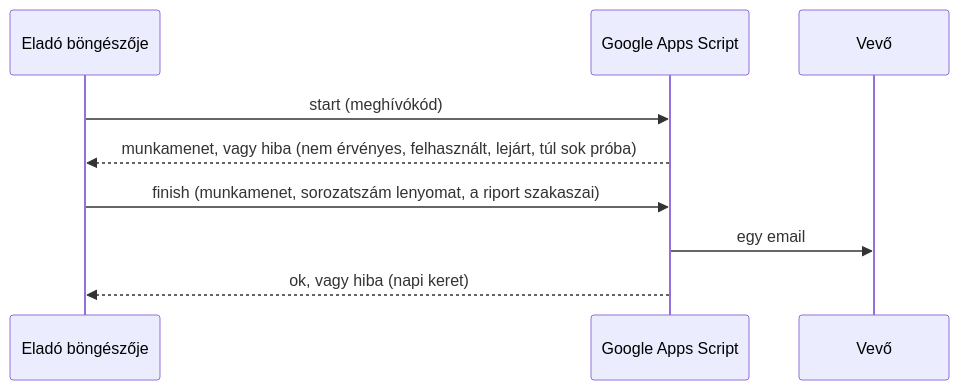
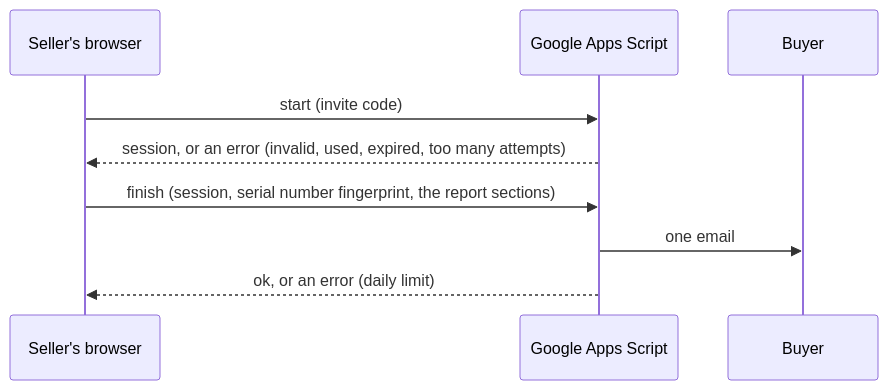
The sixth of 7 diagrams in docs/flows.en.md (krisz0722/ipad-audit), drawn with Mermaid before and after one commit. The commit also changed other lines of this file and 1 other file, not shown here.

First line of the commit message:
docs: document the Mac tests and translate the English diagrams

````diff
--- a/docs/flows.en.md
+++ b/docs/flows.en.md
@@ -154,11 +157,11 @@
 ```mermaid
 sequenceDiagram
-  participant S as Eladó böngészője
+  participant S as Seller's browser
   participant G as Google Apps Script
-  participant V as Vevő
-  S->>G: start (meghívókód)
-  G-->>S: munkamenet, vagy hiba (nem érvényes, felhasznált, lejárt, túl sok próba)
-  S->>G: finish (munkamenet, sorozatszám lenyomat, a riport szakaszai)
-  G->>V: egy email
-  G-->>S: ok, vagy hiba (napi keret)
+  participant V as Buyer
+  S->>G: start (invite code)
+  G-->>S: session, or an error (invalid, used, expired, too many attempts)
+  S->>G: finish (session, serial number fingerprint, the report sections)
+  G->>V: one email
+  G-->>S: ok, or an error (daily limit)
 ```
````
